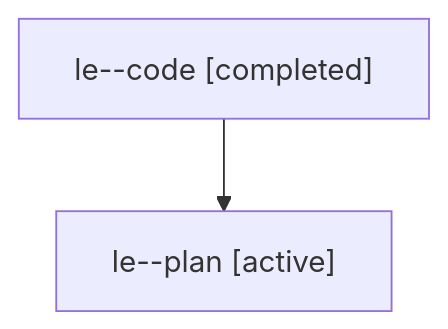
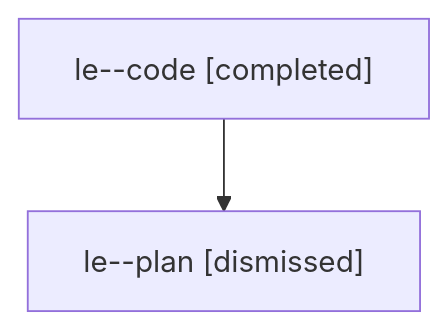
Before and after one commit to sase-org/sase--agents: the diagram in sessions/bbugyi200.athena.le.md, drawn with Mermaid. The commit also changed other lines of this file and 35 other files, not shown here.

````diff
--- a/sessions/bbugyi200.athena.le.md
+++ b/sessions/bbugyi200.athena.le.md
@@ -9,6 +9,6 @@
 ```mermaid
 flowchart TD
   n0["le--code [completed]"]
-  n1["le--plan [active]"]
+  n1["le--plan [dismissed]"]
   n0 --> n1
 ```
````
